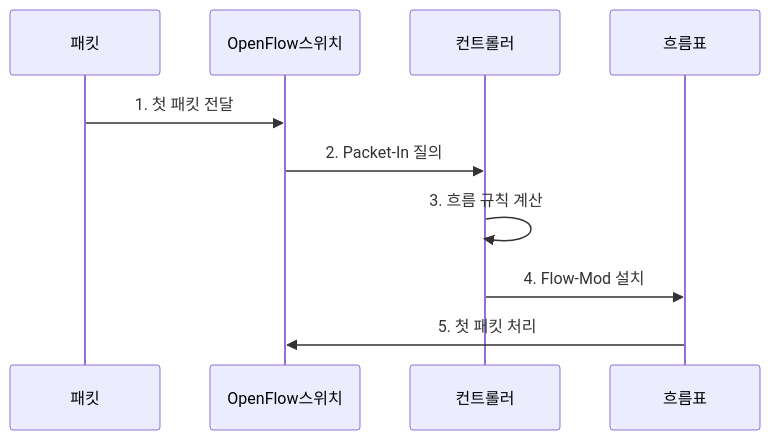
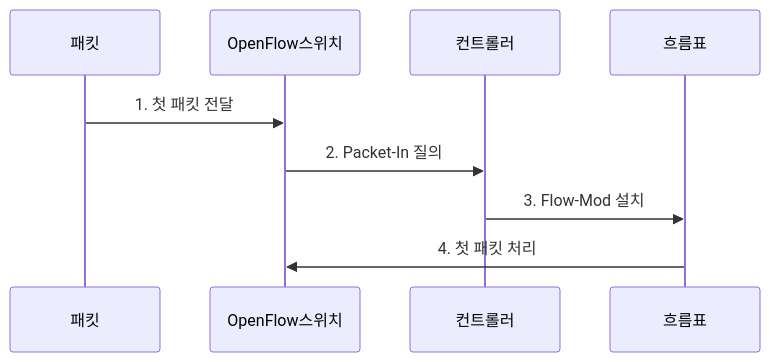
One commit to agnusdei1207/knowledge-base changed the second of 2 diagrams in src/content/docs/notes/04-network/058_sdn_controller_openflow.md. Above: the diagram before and after it, drawn with Mermaid. The commit also changed other lines of this file and 122 other files, not shown here.

````diff
--- a/src/content/docs/notes/04-network/058_sdn_controller_openflow.md
+++ b/src/content/docs/notes/04-network/058_sdn_controller_openflow.md
@@ -82,12 +82,11 @@
 ```mermaid
 sequenceDiagram
     participant 패킷
     participant OpenFlow스위치
     participant 컨트롤러
     participant 흐름표
     패킷->>OpenFlow스위치: 1. 첫 패킷 전달
     OpenFlow스위치->>컨트롤러: 2. Packet-In 질의
-    컨트롤러->>컨트롤러: 3. 흐름 규칙 계산
-    컨트롤러->>흐름표: 4. Flow-Mod 설치
-    흐름표->>OpenFlow스위치: 5. 첫 패킷 처리
+    컨트롤러->>흐름표: 3. Flow-Mod 설치
+    흐름표->>OpenFlow스위치: 4. 첫 패킷 처리
 ```
````
